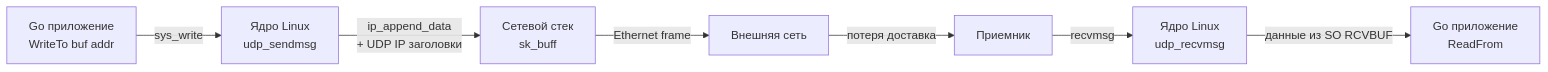
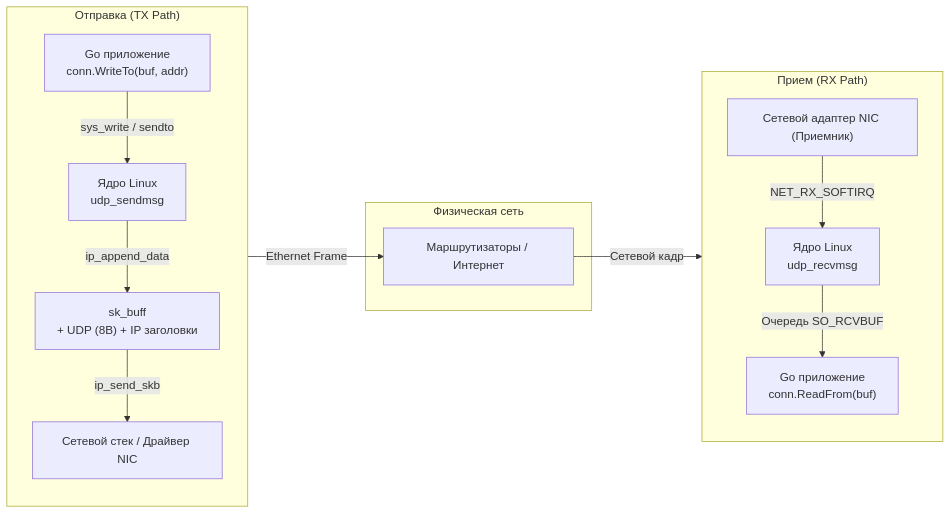
The first of 3 diagrams in sources/3. Компьютерные сети и сетевой стек/14. UDP. Когда ненадежный транспорт лучше TCP.md (UnrealTemplier/go-textbook), drawn with Mermaid before and after one commit. The commit also changed other lines of this file, not shown here.

Commit message:
feat(module-03): editorial rewrite of Lecture 14 (UDP, RFC 768, kernel datapath, net.UDPConn, buffer sizing) in Kernighan style

````diff
--- a/sources/3. Компьютерные сети и сетевой стек/14. UDP. Когда ненадежный транспорт лучше TCP.md
+++ b/sources/3. Компьютерные сети и сетевой стек/14. UDP. Когда ненадежный транспорт лучше TCP.md
@@ -16,10 +61,20 @@
 ```mermaid
 flowchart LR
-    A["Go приложение<br>WriteTo buf addr"] -->|"sys_write"| B["Ядро Linux<br>udp_sendmsg"]
-    B -->|"ip_append_data<br>+ UDP IP заголовки"| C["Сетевой стек<br>sk_buff"]
-    C -->|"Ethernet frame"| D["Внешняя сеть"]
-    D -->|"потеря доставка"| E["Приемник"]
-    E -->|"recvmsg"| F["Ядро Linux<br>udp_recvmsg"]
-    F -->|"данные из SO RCVBUF"| G["Go приложение<br>ReadFrom"]
+    subgraph TX["Отправка (TX Path)"]
+        direction TB
+        A["Go приложение<br>conn.WriteTo(buf, addr)"] -->|"sys_write / sendto"| B["Ядро Linux<br>udp_sendmsg"]
+        B -->|"ip_append_data"| C["sk_buff<br>+ UDP (8B) + IP заголовки"]
+        C -->|"ip_send_skb"| D["Сетевой стек / Драйвер NIC"]
+    end
 
+    subgraph NET["Физическая сеть"]
+        D -->|"Ethernet Frame"| E["Маршрутизаторы / Интернет"]
+    end
+
+    subgraph RX["Прием (RX Path)"]
+        direction TB
+        E -->|"Сетевой кадр"| F["Сетевой адаптер NIC (Приемник)"]
+        F -->|"NET_RX_SOFTIRQ"| G["Ядро Linux<br>udp_recvmsg"]
+        G -->|"Очередь SO_RCVBUF"| H["Go приложение<br>conn.ReadFrom(buf)"]
+    end
 ```
````
